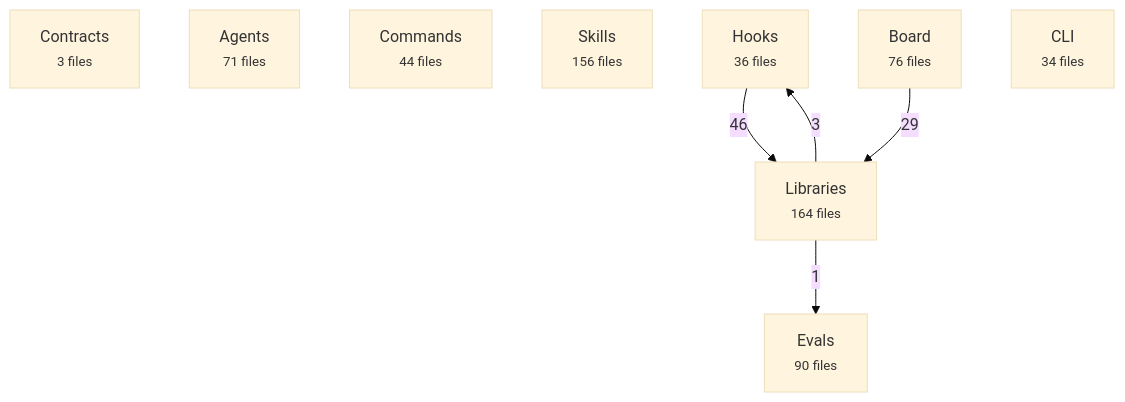
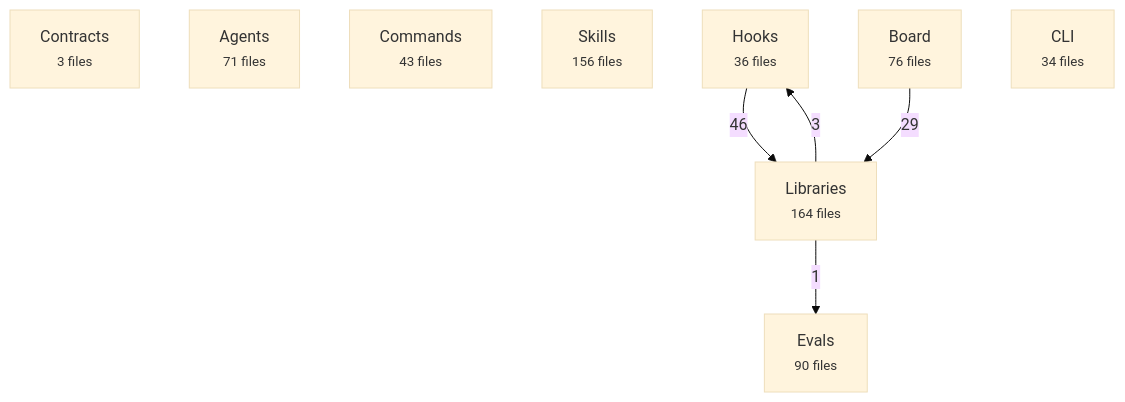
One commit to avelikiy/great_cto changed the first of 2 diagrams in docs/reference/architecture-map.md. Above: the diagram before and after it, drawn with Mermaid (base theme). The commit also changed other lines of this file and 5 other files, not shown here.

````diff
--- a/docs/reference/architecture-map.md
+++ b/docs/reference/architecture-map.md
@@ -20,16 +20,16 @@
 ```mermaid
 flowchart TD
   contracts["Contracts<br/><small>3 files</small>"]
   agents["Agents<br/><small>71 files</small>"]
-  commands["Commands<br/><small>44 files</small>"]
+  commands["Commands<br/><small>43 files</small>"]
   skills["Skills<br/><small>156 files</small>"]
   hooks["Hooks<br/><small>36 files</small>"]
   libs["Libraries<br/><small>164 files</small>"]
   board["Board<br/><small>76 files</small>"]
   cli["CLI<br/><small>34 files</small>"]
   evals["Evals<br/><small>90 files</small>"]
   hooks -->|46| libs
   board -->|29| libs
   libs -->|3| hooks
   libs -->|1| evals
 ```
````
